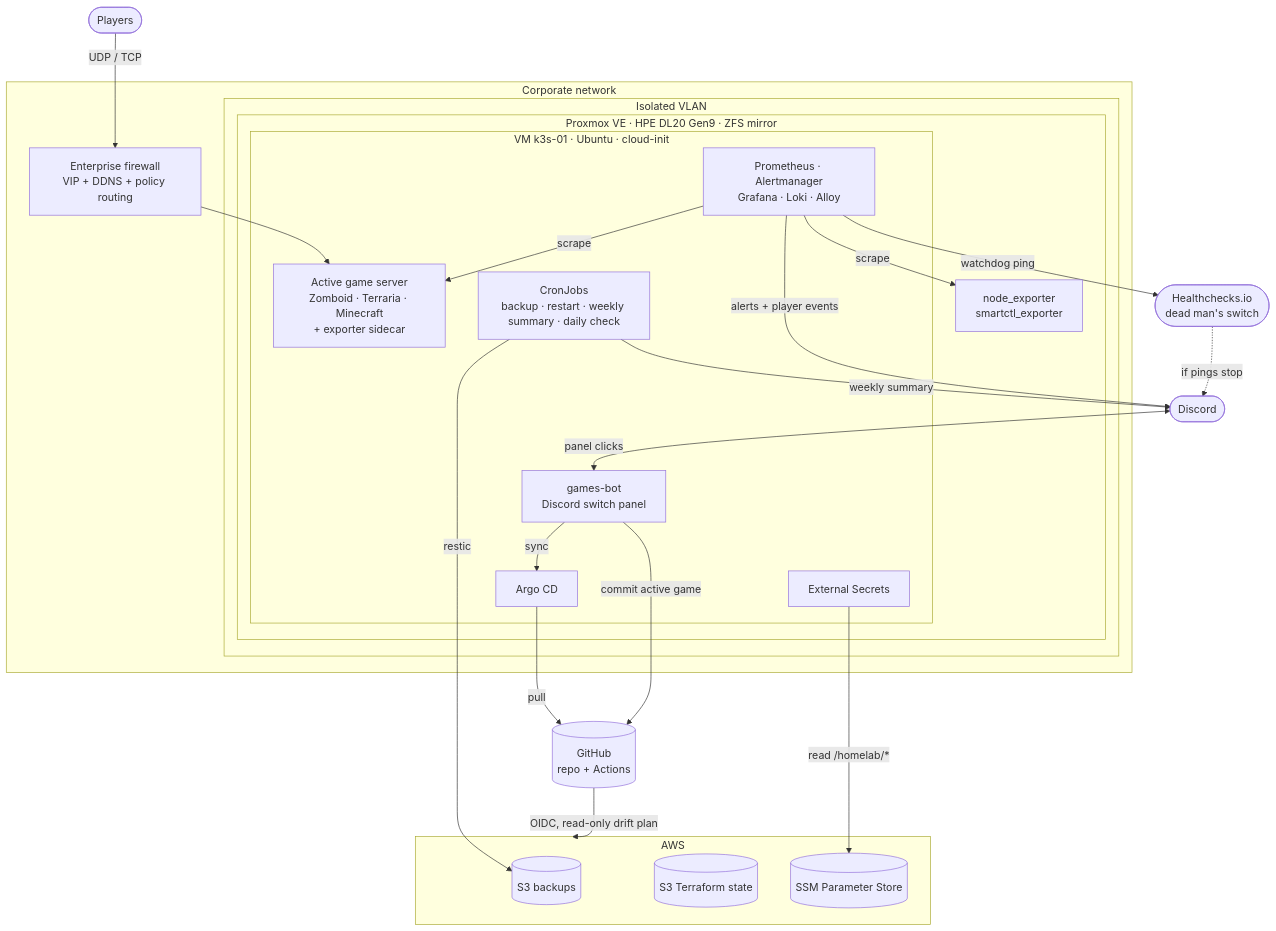
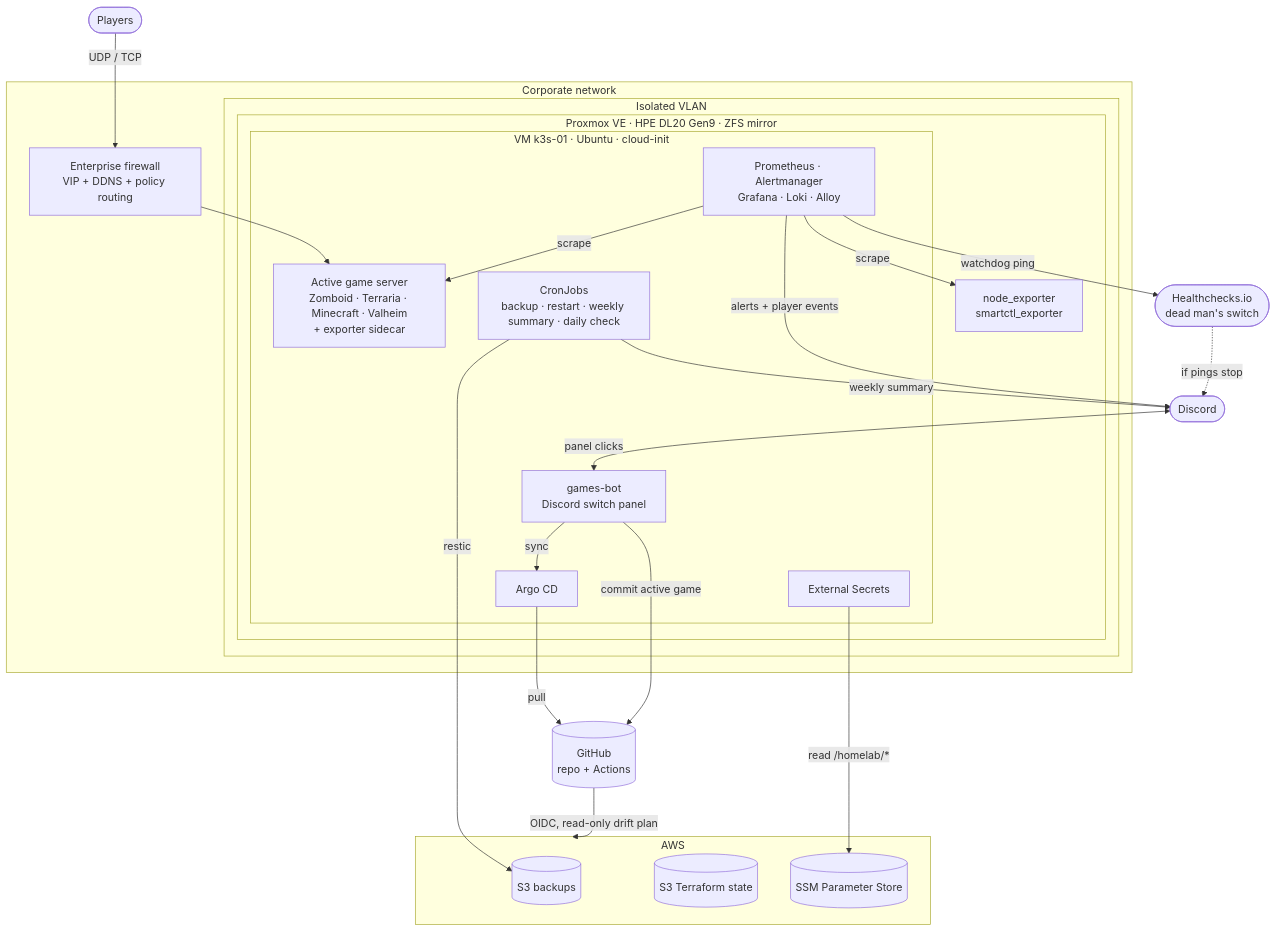
The first of 2 diagrams in README.md (iagorp6/proxmox-k3s-platform), drawn with Mermaid before and after one commit. The commit also changed other lines of this file and 20 other files, not shown here.

First line of the commit message:
feat(jogos): Valheim no catálogo, com driver a2s no exporter

````diff
--- a/README.md
+++ b/README.md
@@ -32,45 +32,45 @@
 ```mermaid
 flowchart TB
     players(["Players"])
     discord(["Discord"])
     hc(["Healthchecks.io<br/>dead man's switch"])
     github[("GitHub<br/>repo + Actions")]
 
     subgraph corp["Corporate network"]
         fw["Enterprise firewall<br/>VIP + DDNS + policy routing"]
         subgraph vlan["Isolated VLAN"]
             subgraph pve["Proxmox VE · HPE DL20 Gen9 · ZFS mirror"]
                 hostexp["node_exporter<br/>smartctl_exporter"]
                 subgraph vm["VM k3s-01 · Ubuntu · cloud-init"]
                     argo["Argo CD"]
                     bot["games-bot<br/>Discord switch panel"]
-                    game["Active game server<br/>Zomboid · Terraria · Minecraft<br/>+ exporter sidecar"]
+                    game["Active game server<br/>Zomboid · Terraria · Minecraft · Valheim<br/>+ exporter sidecar"]
                     jobs["CronJobs<br/>backup · restart · weekly summary · daily check"]
                     eso["External Secrets"]
                     mon["Prometheus · Alertmanager<br/>Grafana · Loki · Alloy"]
                 end
             end
         end
     end
 
     subgraph aws["AWS"]
         s3b[("S3 backups")]
         s3s[("S3 Terraform state")]
         ssm[("SSM Parameter Store")]
     end
 
     players -->|"UDP / TCP"| fw --> game
     argo -->|"pull"| github
     eso -->|"read /homelab/*"| ssm
     jobs -->|"restic"| s3b
     jobs -->|"weekly summary"| discord
     mon -->|"scrape"| game
     mon -->|"scrape"| hostexp
     mon -->|"alerts + player events"| discord
     mon -->|"watchdog ping"| hc
     hc -.->|"if pings stop"| discord
     discord <-->|"panel clicks"| bot
     bot -->|"commit active game"| github
     bot -->|"sync"| argo
     github -->|"OIDC, read-only drift plan"| aws
 ```
````
